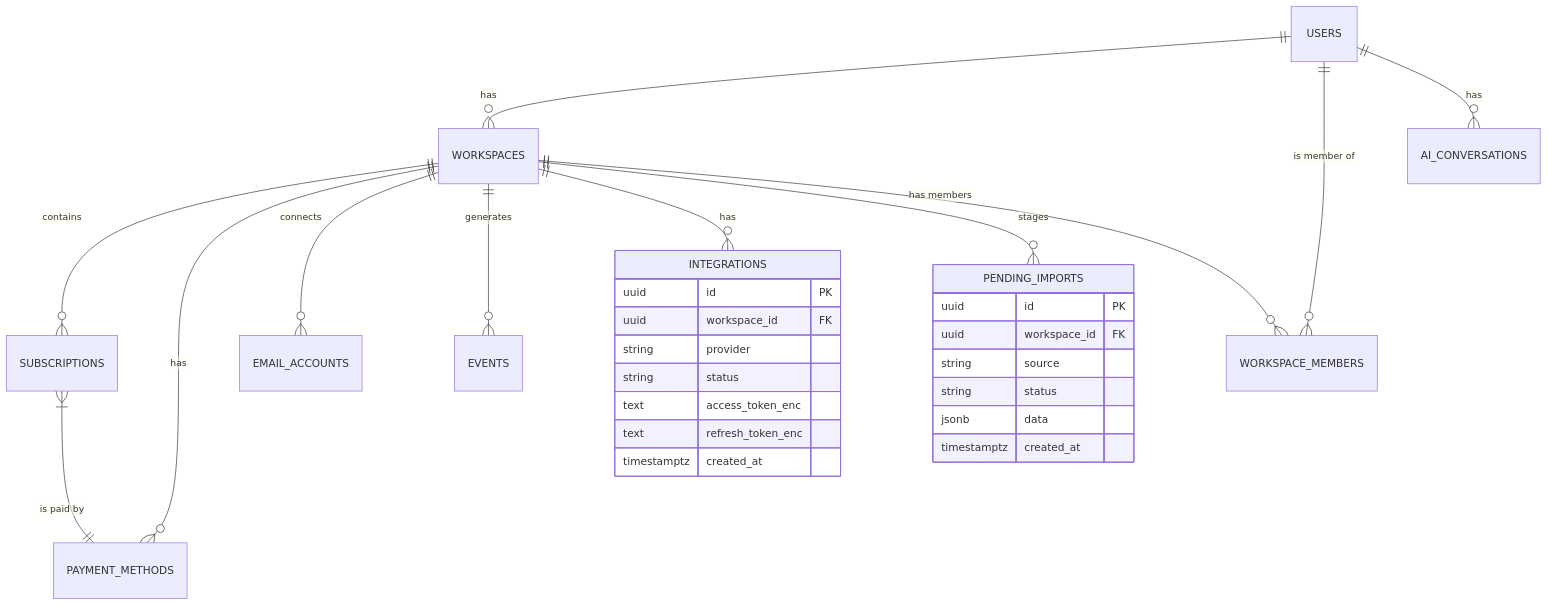
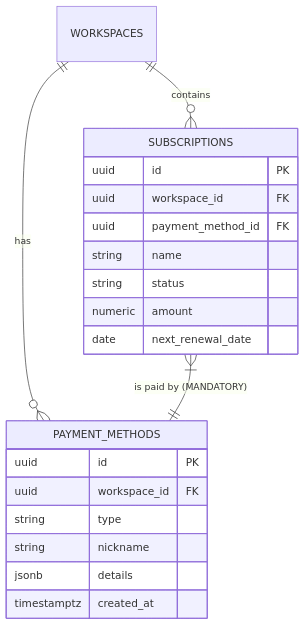
One commit to arumaldodrla/Subscription-Management changed the diagram in DATA_MODEL_SCHEMA.md. Above: the diagram before and after it, drawn with Mermaid. The commit also changed other lines of this file and 4 other files, not shown here.

First line of the commit message:
Establish mobile-first strategy and mandatory payment method linking

````diff
--- a/DATA_MODEL_SCHEMA.md
+++ b/DATA_MODEL_SCHEMA.md
@@ -12,33 +12,25 @@
 ```mermaid
 erDiagram
-    USERS ||--o{ WORKSPACES : "has"
     WORKSPACES ||--o{ SUBSCRIPTIONS : "contains"
     WORKSPACES ||--o{ PAYMENT_METHODS : "has"
-    WORKSPACES ||--o{ EMAIL_ACCOUNTS : "connects"
-    WORKSPACES ||--o{ EVENTS : "generates"
-    WORKSPACES ||--o{ INTEGRATIONS : "has"
-    WORKSPACES ||--o{ PENDING_IMPORTS : "stages"
-    USERS ||--o{ WORKSPACE_MEMBERS : "is member of"
-    WORKSPACES ||--o{ WORKSPACE_MEMBERS : "has members"
-    SUBSCRIPTIONS }|--|| PAYMENT_METHODS : "is paid by"
-    USERS ||--o{ AI_CONVERSATIONS : "has"
+    SUBSCRIPTIONS }|--|| PAYMENT_METHODS : "is paid by (MANDATORY)"
 
-    PENDING_IMPORTS {
+    PAYMENT_METHODS {
         uuid id PK
         uuid workspace_id FK
-        string source
-        string status
-        jsonb data
+        string type
+        string nickname
+        jsonb details
         timestamptz created_at
     }
 
-    INTEGRATIONS {
+    SUBSCRIPTIONS {
         uuid id PK
         uuid workspace_id FK
-        string provider
+        uuid payment_method_id FK
+        string name
         string status
-        text access_token_enc
-        text refresh_token_enc
-        timestamptz created_at
+        numeric amount
+        date next_renewal_date
     }
 ```
````
